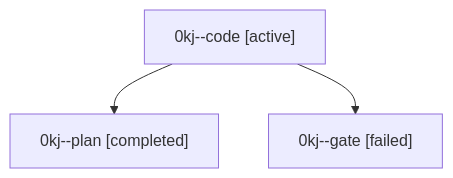
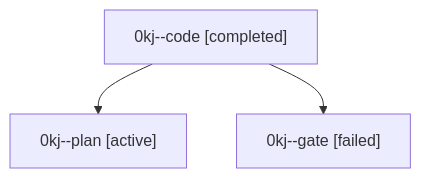
One commit to bobs-org/bob-cli--agents changed the diagram in families/bbugyi200.athena.0kj.md. Above: the diagram before and after it, drawn with Mermaid. The commit also changed other lines of this file and 1279 other files, not shown here.

````diff
--- a/families/bbugyi200.athena.0kj.md
+++ b/families/bbugyi200.athena.0kj.md
@@ -9,8 +9,8 @@
 ```mermaid
 flowchart TD
-  n0["0kj--code [active]"]
-  n1["0kj--plan [completed]"]
+  n0["0kj--code [completed]"]
+  n1["0kj--plan [active]"]
   n0 --> n1
   n2["0kj--gate [failed]"]
   n0 --> n2
 ```
````
